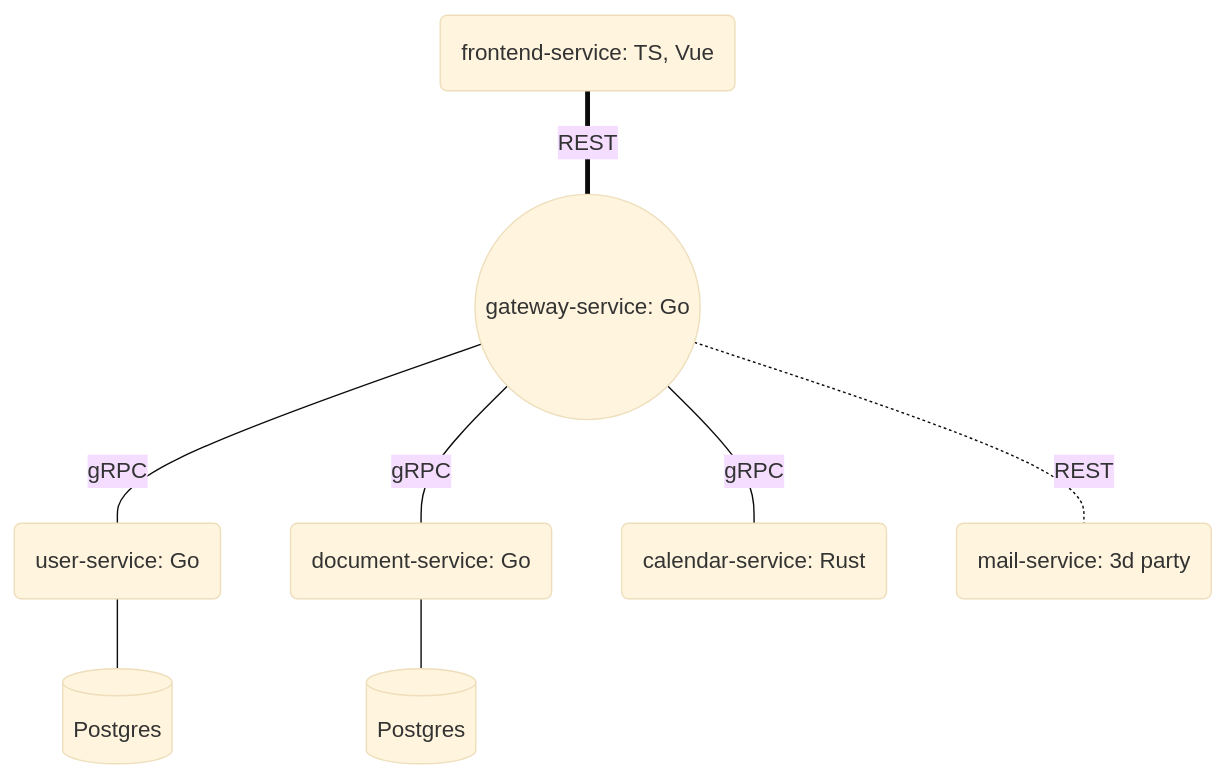
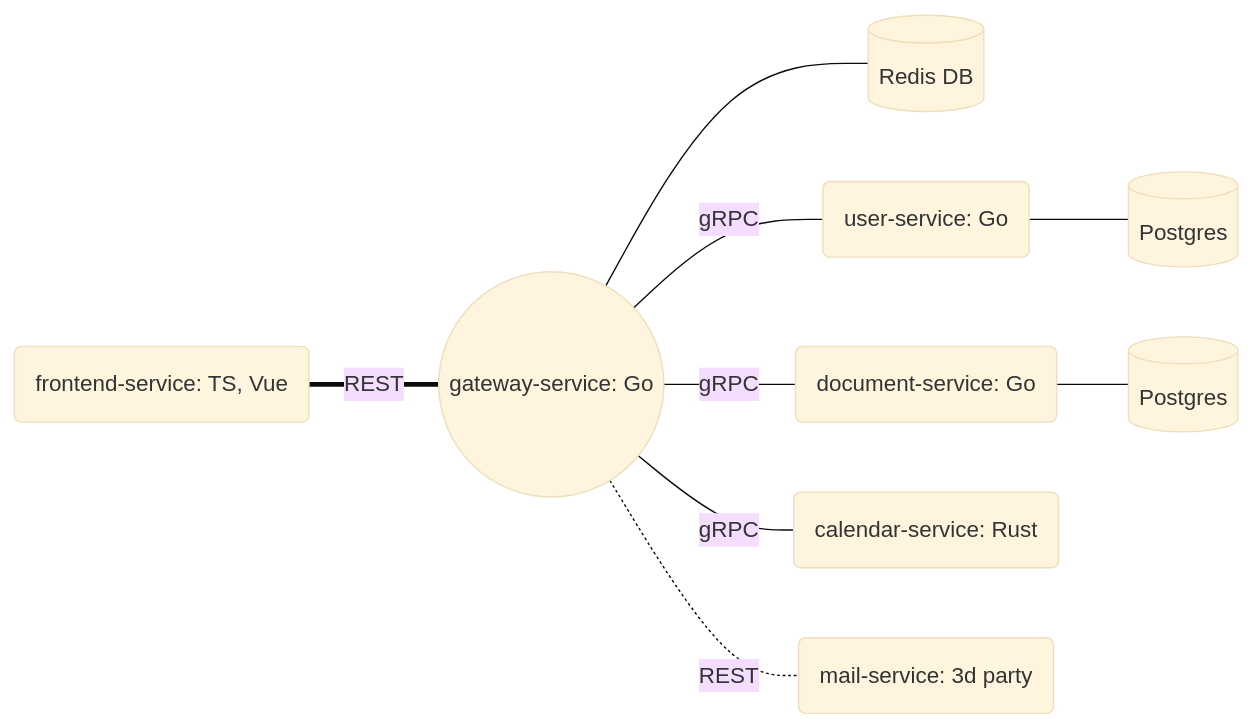
Before and after one commit to samgozman/validity.red: the diagram in README.md, drawn with Mermaid (base theme). The commit also changed 6 other files, not shown here.

````diff
--- a/README.md
+++ b/README.md
@@ -5,13 +5,14 @@
 ```mermaid
-graph TB
+graph LR
     A(frontend-service: TS, Vue) === |REST| B((gateway-service: Go))
+    B --- J[(Redis DB)]
     B --- |gRPC| C(user-service: Go) --- F[(Postgres)]
     B --- |gRPC| D(document-service: Go) --- G[(Postgres)]
     B --- |gRPC| E(calendar-service: Rust)
     B -.- |REST| H(mail-service: 3d party)
     click A "https://github.com/samgozman/validity.red/tree/main/frontend-service" "Frontend SPA written in VueJS and TypeScript"
     click B "https://github.com/samgozman/validity.red/tree/main/gateway-service" "Gateway service written in Go"
     click C "https://github.com/samgozman/validity.red/tree/main/user-service" "Users service written in Go"
     click D "https://github.com/samgozman/validity.red/tree/main/document-service" "Documents service written in Go"
     click E "https://github.com/samgozman/validity.red/tree/main/calendar-service" "Calendar service written in Rust"
 ```
````
